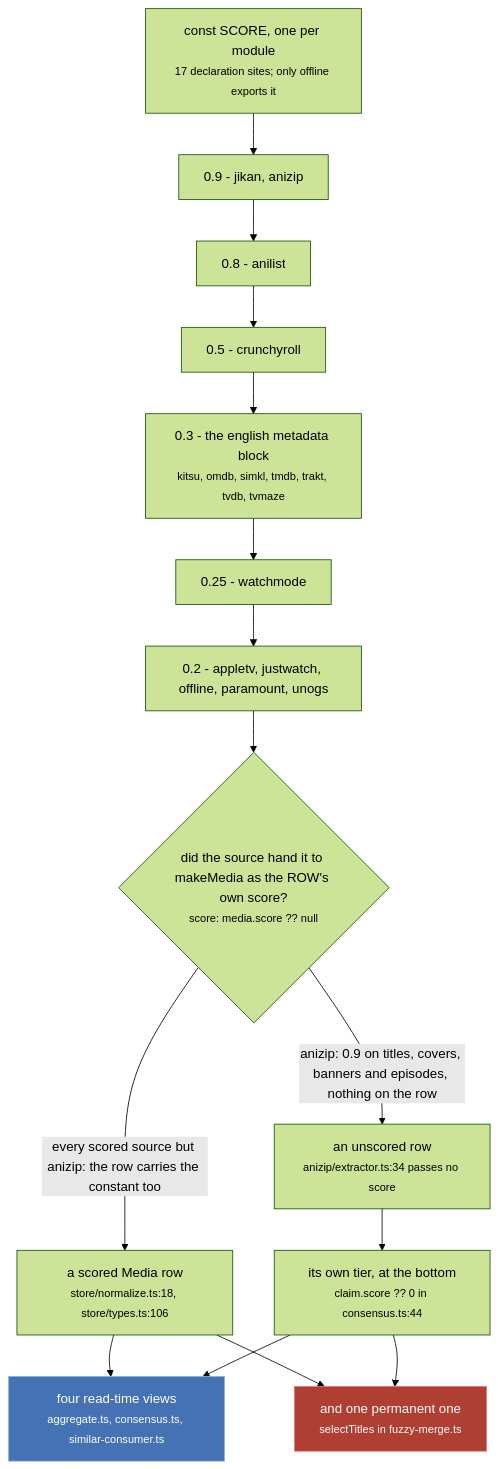
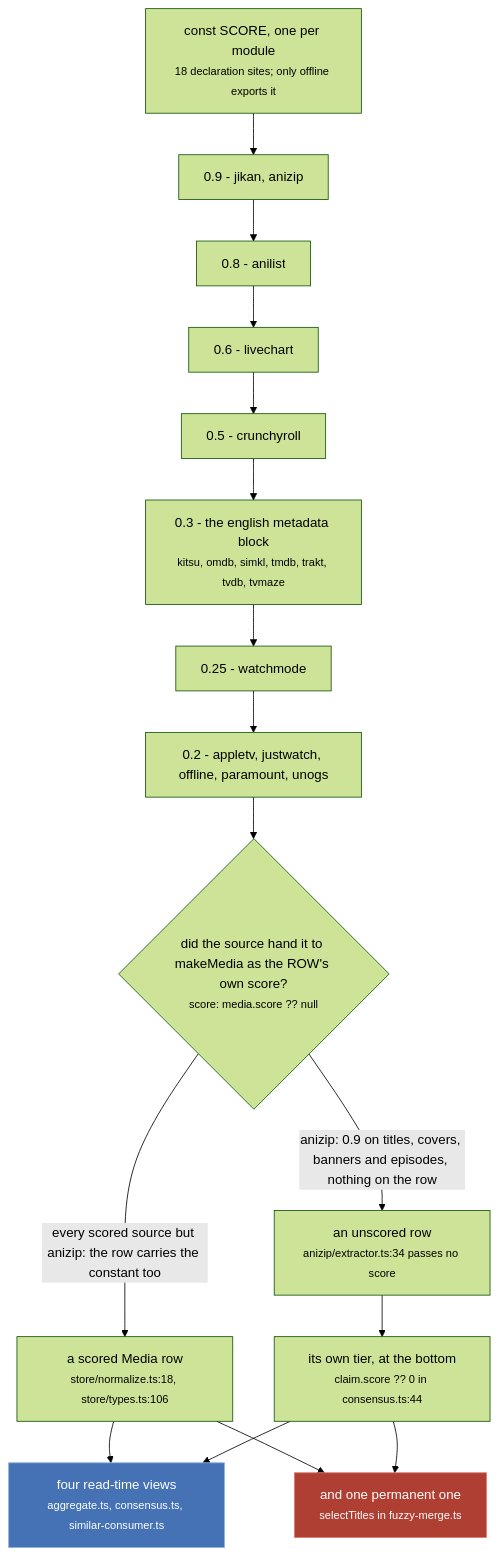
Before and after one commit to banou26/stub: the first of 3 diagrams in docs/src/content/docs/sources/scores.md, drawn with Mermaid (forest theme). The commit also changed other lines of this file and 13 other files, not shown here.

````diff
--- a/docs/src/content/docs/sources/scores.md
+++ b/docs/src/content/docs/sources/scores.md
@@ -59,25 +60,26 @@
 ```mermaid
 flowchart TD
-  DECL["const SCORE, one per module<br/><small>17 declaration sites; only offline exports it</small>"]
+  DECL["const SCORE, one per module<br/><small>18 declaration sites; only offline exports it</small>"]
   DECL --> T90["0.9 - jikan, anizip"]
   T90 --> T80["0.8 - anilist"]
-  T80 --> T50["0.5 - crunchyroll"]
+  T80 --> T60["0.6 - livechart"]
+  T60 --> T50["0.5 - crunchyroll"]
   T50 --> T30["0.3 - the english metadata block<br/><small>kitsu, omdb, simkl, tmdb, trakt, tvdb, tvmaze</small>"]
   T30 --> T25["0.25 - watchmode"]
   T25 --> T20["0.2 - appletv, justwatch, offline, paramount, unogs"]
   T20 --> Q{"did the source hand it to makeMedia as the ROW's own score?<br/><small>score: media.score ?? null</small>"}
   Q -->|"every scored source but anizip: the row carries the constant too"| ROW["a scored Media row<br/><small>store/normalize.ts:18, store/types.ts:106</small>"]
   Q -->|"anizip: 0.9 on titles, covers, banners and episodes, nothing on the row"| NONE["an unscored row<br/><small>anizip/extractor.ts:34 passes no score</small>"]
   NONE --> BOT["its own tier, at the bottom<br/><small>claim.score ?? 0 in consensus.ts:44</small>"]
   ROW --> READ["four read-time views<br/><small>aggregate.ts, consensus.ts, similar-consumer.ts</small>"]
   BOT --> READ
   ROW --> WELD["and one permanent one<br/><small>selectTitles in fuzzy-merge.ts</small>"]
   BOT --> WELD
 
   classDef irrev fill:#b03f33,stroke:#e0796f,color:#ffffff
   classDef ratchet fill:#8f5a0e,stroke:#f2b45c,color:#ffffff
   classDef view fill:#4572b5,stroke:#8db0de,color:#ffffff
   classDef refuse fill:#46464b,stroke:#8b8c93,color:#f2f2f4
   class READ view
   class WELD irrev
 ```
````
